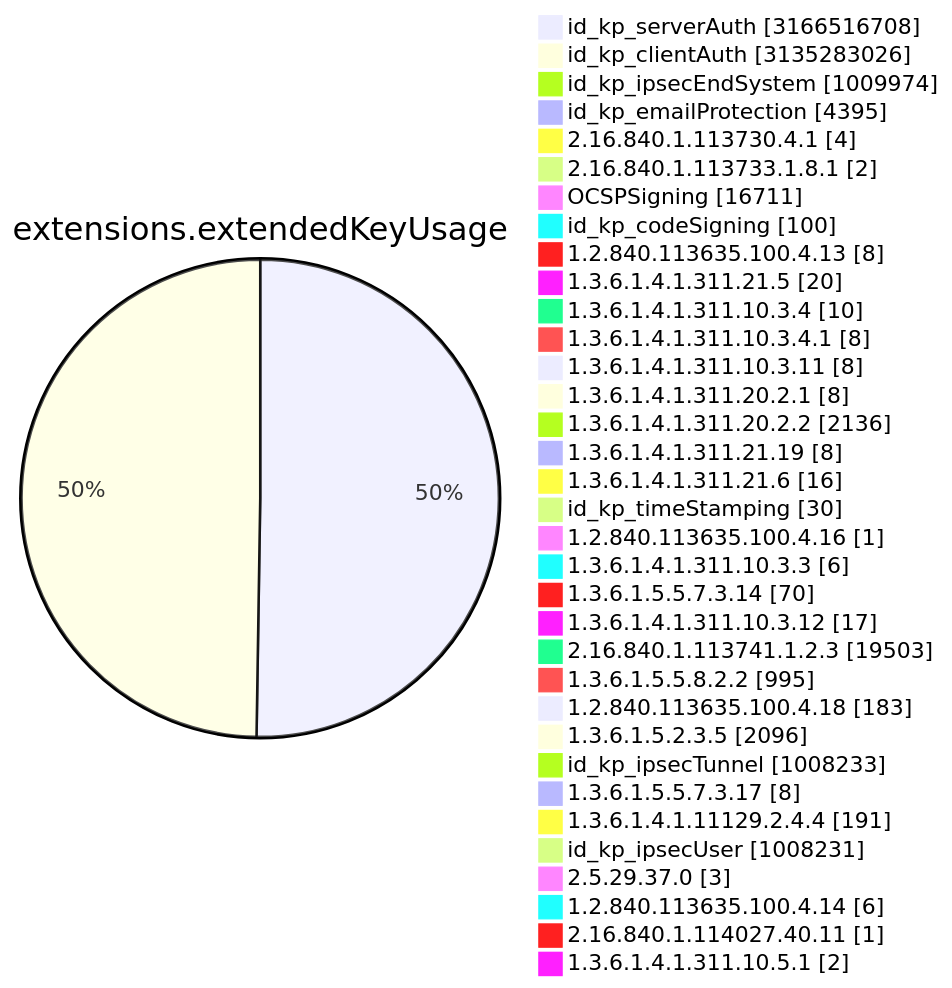
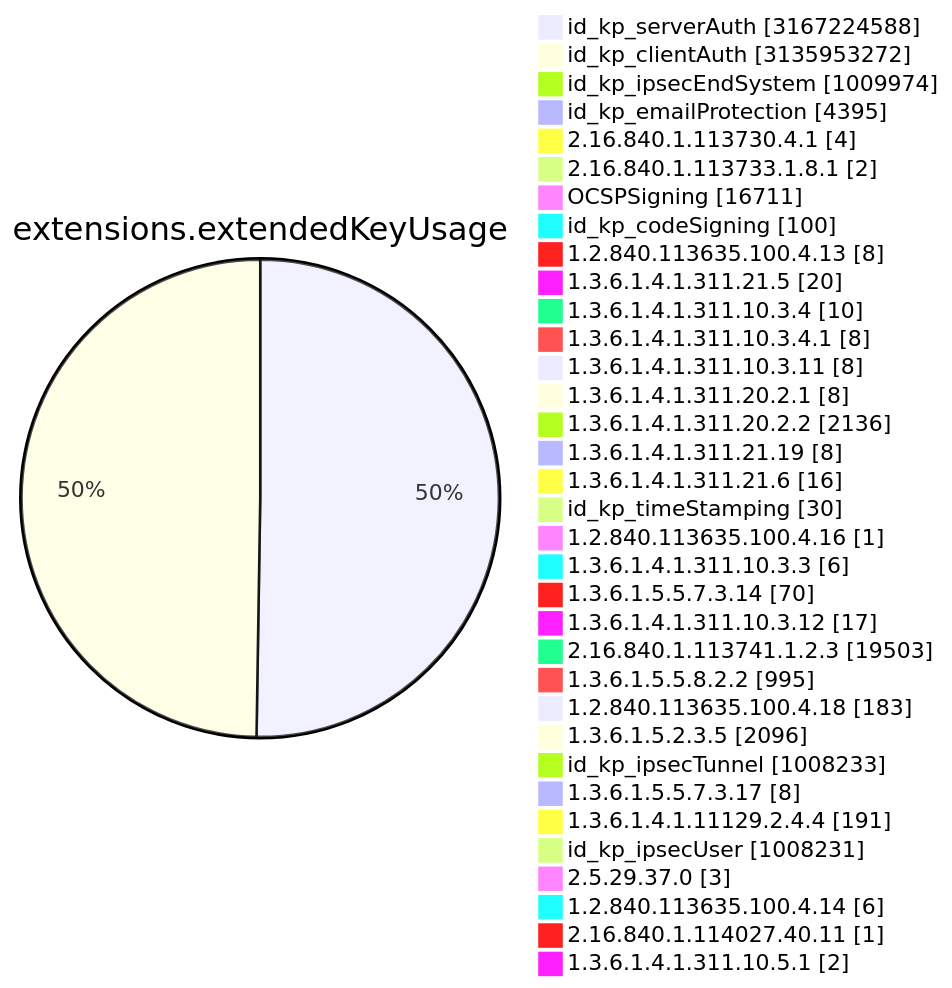
One commit to christiankrug/ctmonitor_visualization changed diagram 11 of 15 in TOTAL/README.md. Above: the diagram before and after it, drawn with Mermaid. The commit also changed other lines of this file, not shown here.

````diff
--- a/TOTAL/README.md
+++ b/TOTAL/README.md
@@ -4119,38 +4119,38 @@
 ```mermaid
 pie showData
 title extensions.extendedKeyUsage
-"id_kp_serverAuth" :3166516708
-"id_kp_clientAuth" :3135283026
+"id_kp_serverAuth" :3167224588
+"id_kp_clientAuth" :3135953272
 "id_kp_ipsecEndSystem" :1009974
 "id_kp_emailProtection" :4395
 "2.16.840.1.113730.4.1" :4
 "2.16.840.1.113733.1.8.1" :2
 "OCSPSigning" :16711
 "id_kp_codeSigning" :100
 "1.2.840.113635.100.4.13" :8
 "1.3.6.1.4.1.311.21.5" :20
 "1.3.6.1.4.1.311.10.3.4" :10
 "1.3.6.1.4.1.311.10.3.4.1" :8
 "1.3.6.1.4.1.311.10.3.11" :8
 "1.3.6.1.4.1.311.20.2.1" :8
 "1.3.6.1.4.1.311.20.2.2" :2136
 "1.3.6.1.4.1.311.21.19" :8
 "1.3.6.1.4.1.311.21.6" :16
 "id_kp_timeStamping" :30
 "1.2.840.113635.100.4.16" :1
 "1.3.6.1.4.1.311.10.3.3" :6
 "1.3.6.1.5.5.7.3.14" :70
 "1.3.6.1.4.1.311.10.3.12" :17
 "2.16.840.1.113741.1.2.3" :19503
 "1.3.6.1.5.5.8.2.2" :995
 "1.2.840.113635.100.4.18" :183
 "1.3.6.1.5.2.3.5" :2096
 "id_kp_ipsecTunnel" :1008233
 "1.3.6.1.5.5.7.3.17" :8
 "1.3.6.1.4.1.11129.2.4.4" :191
 "id_kp_ipsecUser" :1008231
 "2.5.29.37.0" :3
 "1.2.840.113635.100.4.14" :6
 "2.16.840.1.114027.40.11" :1
 "1.3.6.1.4.1.311.10.5.1" :2
 ```
````
